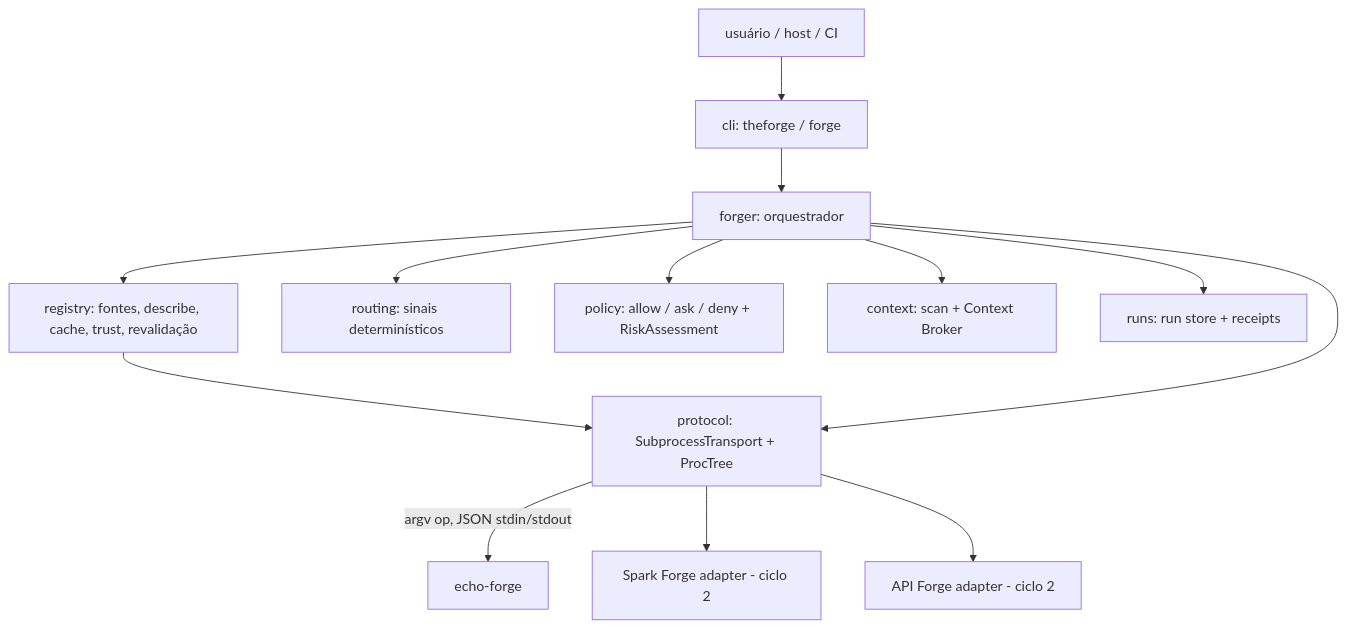
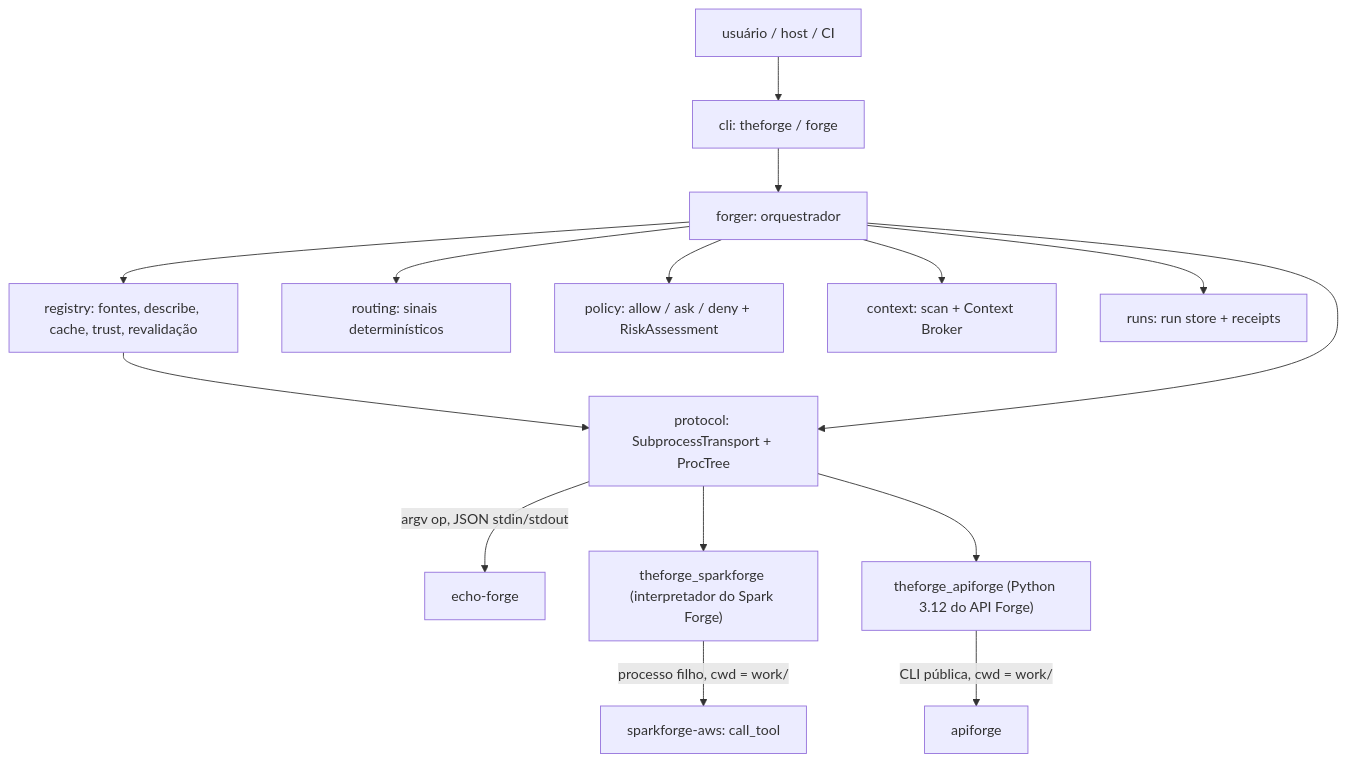
The first of 2 diagrams in docs/architecture.md (EdgarSocrates98/the-forge), drawn with Mermaid before and after one commit. The commit also changed other lines of this file and 8 other files, not shown here.

````diff
--- a/docs/architecture.md
+++ b/docs/architecture.md
@@ -3,15 +3,17 @@
 ```mermaid
 flowchart TD
     U[usuário / host / CI] --> CLI[cli: theforge / forge]
     CLI --> F[forger: orquestrador]
     F --> R[registry: fontes, describe, cache, trust, revalidação]
     F --> RT[routing: sinais determinísticos]
     F --> P[policy: allow / ask / deny + RiskAssessment]
     F --> C[context: scan + Context Broker]
     F --> RS[runs: run store + receipts]
     R --> T[protocol: SubprocessTransport + ProcTree]
     F --> T
     T -->|"argv op, JSON stdin/stdout"| E[echo-forge]
-    T --> S[Spark Forge adapter - ciclo 2]
-    T --> A[API Forge adapter - ciclo 2]
+    T --> S["theforge_sparkforge (interpretador do Spark Forge)"]
+    T --> A["theforge_apiforge (Python 3.12 do API Forge)"]
+    S -->|"processo filho, cwd = work/"| SN[sparkforge-aws: call_tool]
+    A -->|"CLI pública, cwd = work/"| AN[apiforge]
 ```
````
